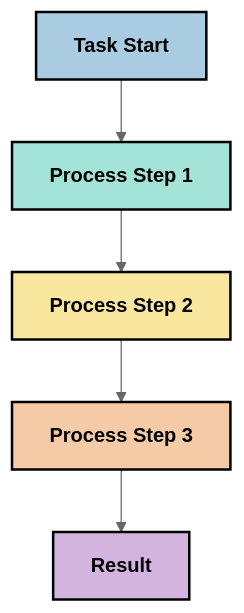
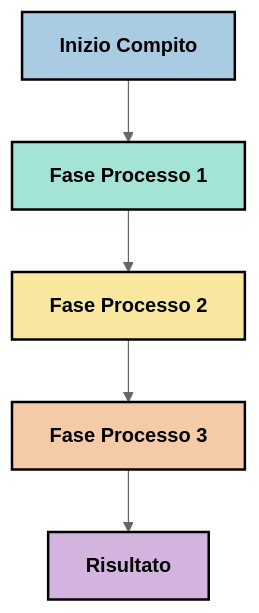
One commit to HIDORAKAI002/ai-workspace-archive changed the third of 6 diagrams in mcp_ecosystem__model_context_protocol/mcp_learning_resources/mcp-for-beginners/translations/it/05-AdvancedTopics/mcp-contextengineering/README.md. Above: the diagram before and after it, drawn with Mermaid (neutral theme). The commit also changed other lines of this file and 1046 other files, not shown here.

````diff
--- a/mcp_ecosystem__model_context_protocol/mcp_learning_resources/mcp-for-beginners/translations/it/05-AdvancedTopics/mcp-contextengineering/README.md
+++ b/mcp_ecosystem__model_context_protocol/mcp_learning_resources/mcp-for-beginners/translations/it/05-AdvancedTopics/mcp-contextengineering/README.md
@@ -163,13 +165,13 @@
 ```mermaid
 graph TD
-    A[Task Start] --> B[Process Step 1]
-    B --> C[Process Step 2]
-    C --> D[Process Step 3]
-    D --> E[Result]
+    A[Inizio Compito] --> B[Fase Processo 1]
+    B --> C[Fase Processo 2]
+    C --> D[Fase Processo 3]
+    D --> E[Risultato]
     
     style A fill:#A9CCE3,stroke:#000000,stroke-width:2px,color:#000000,font-weight:bold
     style B fill:#A3E4D7,stroke:#000000,stroke-width:2px,color:#000000,font-weight:bold
     style C fill:#F9E79F,stroke:#000000,stroke-width:2px,color:#000000,font-weight:bold
     style D fill:#F5CBA7,stroke:#000000,stroke-width:2px,color:#000000,font-weight:bold
     style E fill:#D2B4DE,stroke:#000000,stroke-width:2px,color:#000000,font-weight:bold
 ```
````
